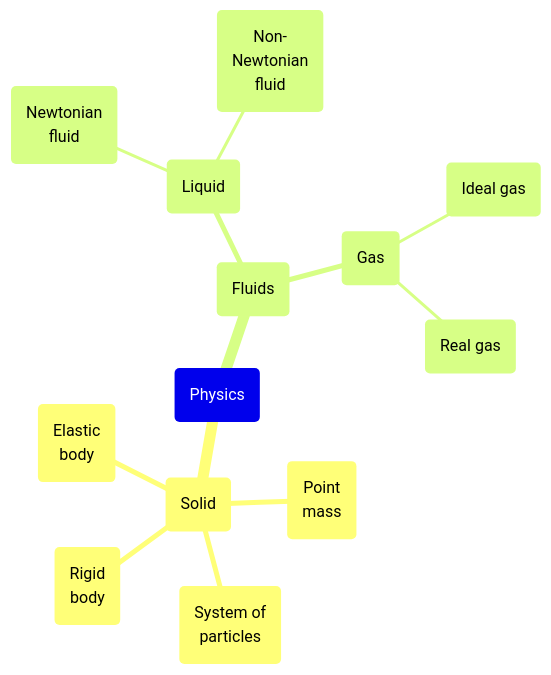
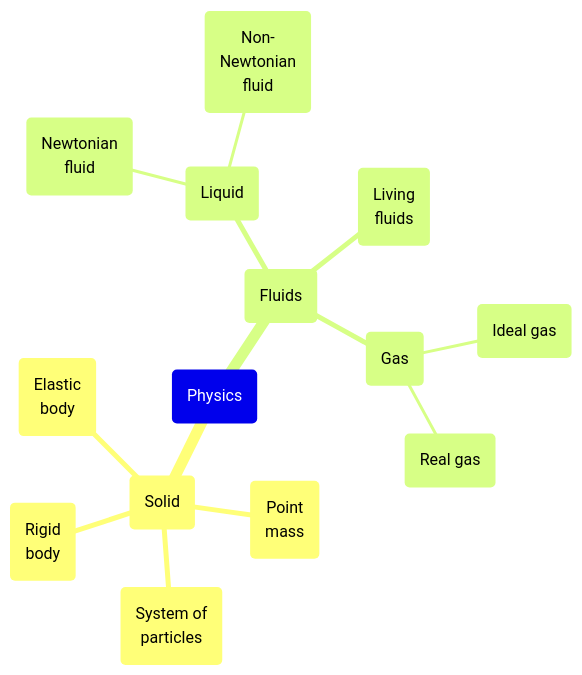
The diagram in 00/11.md (dudung/snippet), drawn with Mermaid before and after one commit.

````diff
--- a/00/11.md
+++ b/00/11.md
@@ -4,16 +4,17 @@
 ```mermaid
 mindmap
   ("Physics")
     ("Solid")
       ("Point<br>mass")
       ("System of<br>particles")
       ("Rigid<br>body")
       ("Elastic<br>body")
     ("Fluids")
       ("Liquid")
         ("Newtonian<br>fluid")
         ("Non-<br>Newtonian<br>fluid")
+      ("Living<br>fluids")
       ("Gas")
         ("Ideal gas")
         ("Real gas")
 ```
````
